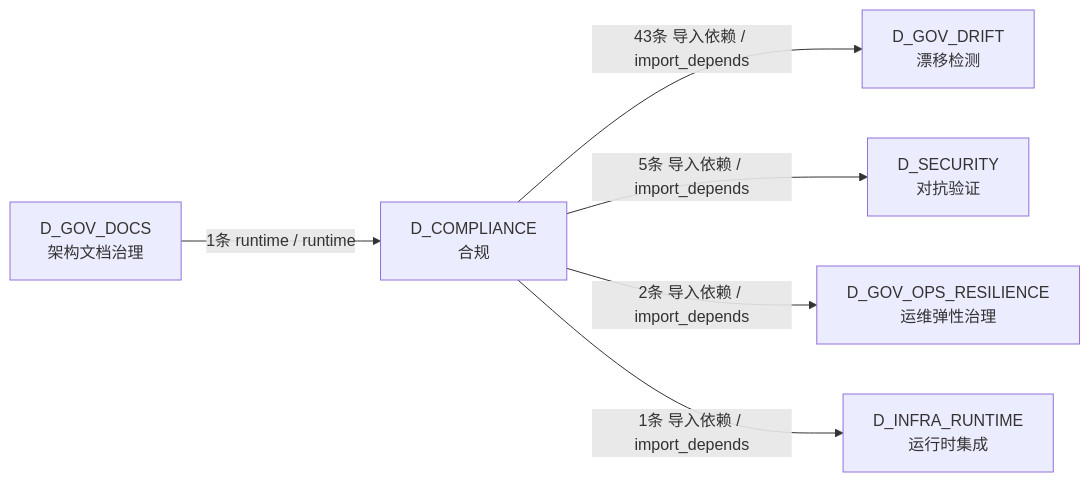
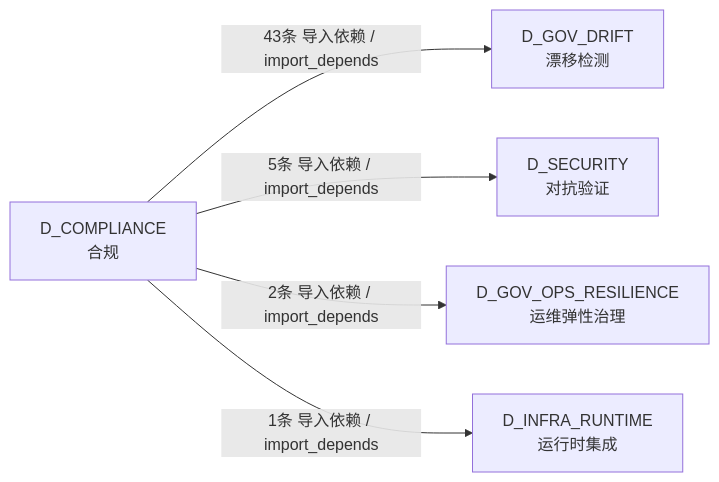
Before and after one commit to xuanFelixVan/ZephyrAlpha: the third of 3 diagrams in docs/02_enterprise_architecture/02_domain_architecture_docs/60_d_compliance.md, drawn with Mermaid. The commit also changed other lines of this file and 100 other files, not shown here.

````diff
--- a/docs/02_enterprise_architecture/02_domain_architecture_docs/60_d_compliance.md
+++ b/docs/02_enterprise_architecture/02_domain_architecture_docs/60_d_compliance.md
@@ -231,14 +225,12 @@
 ```mermaid
 graph LR
     D_COMPLIANCE["D_COMPLIANCE<br/>合规"]
     D_GOV_DRIFT["D_GOV_DRIFT<br/>漂移检测"]
     D_SECURITY["D_SECURITY<br/>对抗验证"]
     D_GOV_OPS_RESILIENCE["D_GOV_OPS_RESILIENCE<br/>运维弹性治理"]
     D_INFRA_RUNTIME["D_INFRA_RUNTIME<br/>运行时集成"]
-    D_GOV_DOCS["D_GOV_DOCS<br/>架构文档治理"]
     D_COMPLIANCE -->|43条 导入依赖 / import_depends| D_GOV_DRIFT
     D_COMPLIANCE -->|5条 导入依赖 / import_depends| D_SECURITY
     D_COMPLIANCE -->|2条 导入依赖 / import_depends| D_GOV_OPS_RESILIENCE
     D_COMPLIANCE -->|1条 导入依赖 / import_depends| D_INFRA_RUNTIME
-    D_GOV_DOCS -->|1条 runtime / runtime| D_COMPLIANCE
 ```
````
